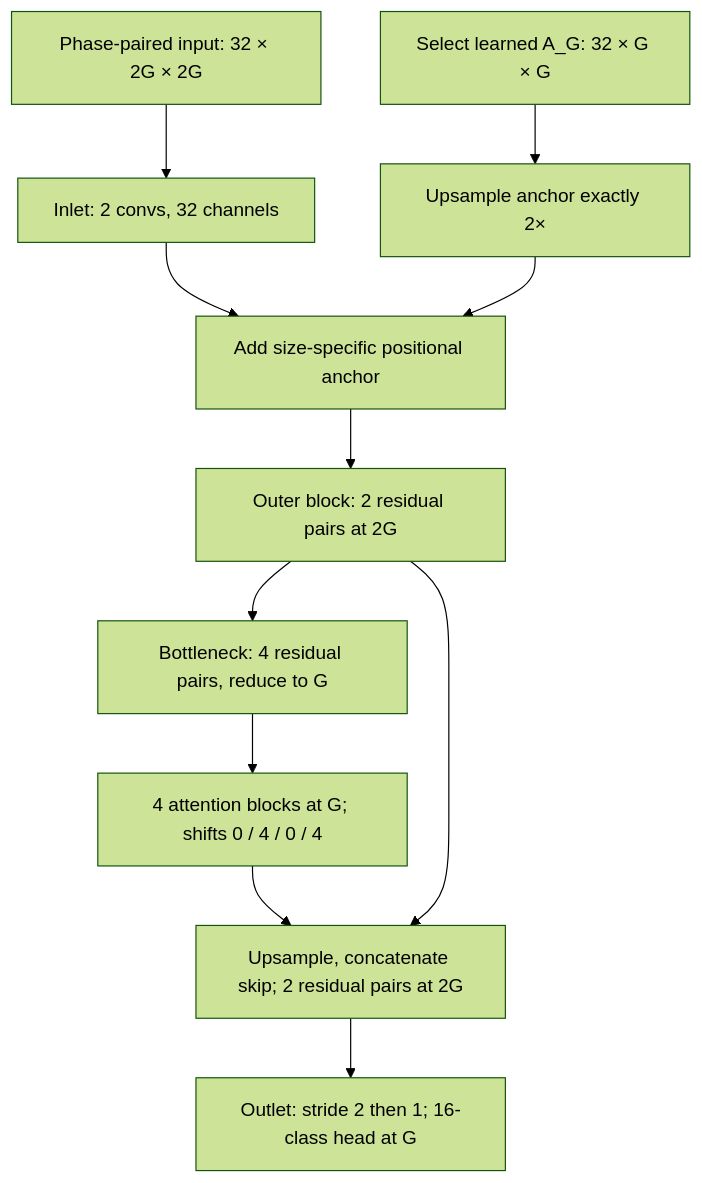
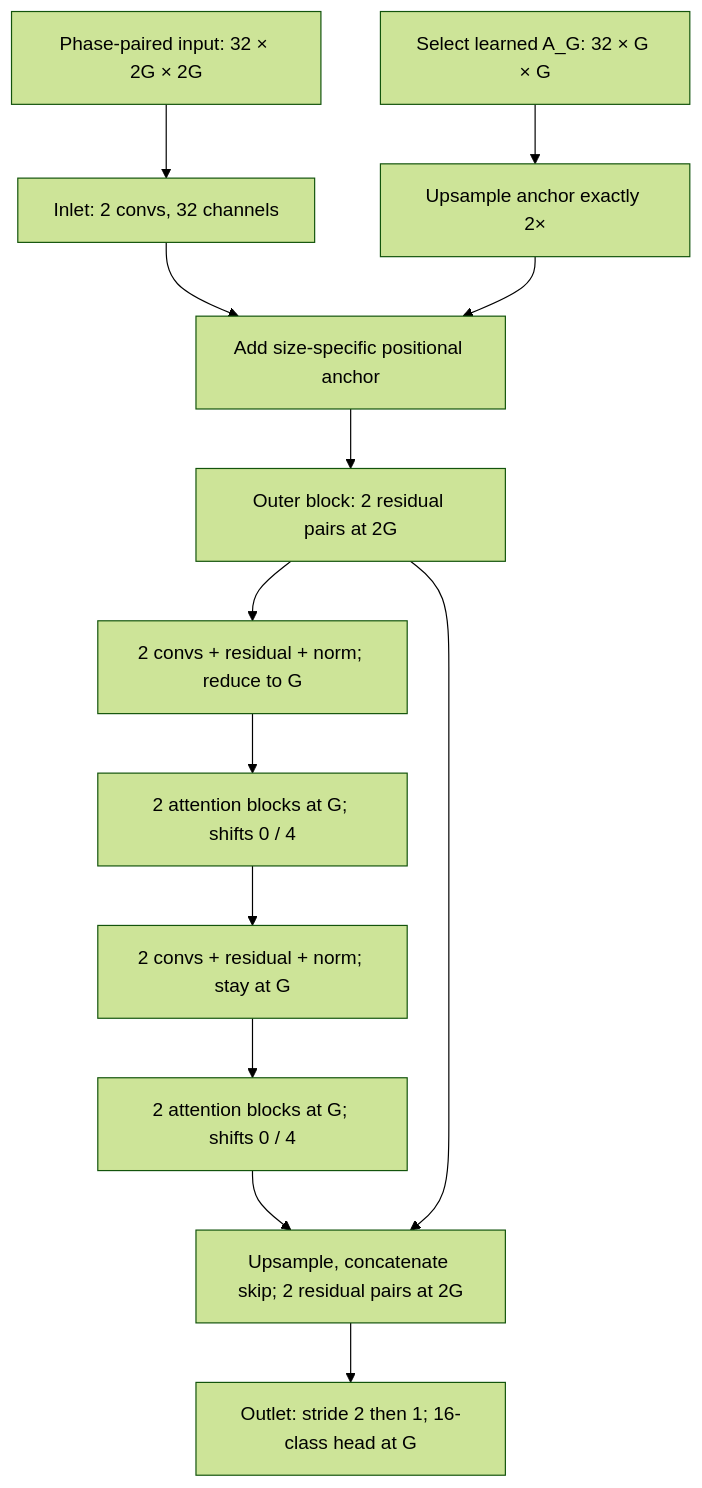
The fourth of 4 diagrams in docs/NEURAL_CORRECTOR.md (magnux/neural_cryptography), drawn with Mermaid (forest theme) before and after one commit. The commit also changed other lines of this file and 28 other files, not shown here.

````diff
--- a/docs/NEURAL_CORRECTOR.md
+++ b/docs/NEURAL_CORRECTOR.md
@@ -448,13 +457,15 @@
 ```mermaid
 flowchart TD
     X["Phase-paired input: 32 × 2G × 2G"] --> I["Inlet: 2 convs, 32 channels"]
     A["Select learned A_G: 32 × G × G"] --> P["Upsample anchor exactly 2×"]
     I --> ADD["Add size-specific positional anchor"]
     P --> ADD
     ADD --> E["Outer block: 2 residual pairs at 2G"]
-    E --> B["Bottleneck: 4 residual pairs, reduce to G"]
-    B --> T["4 attention blocks at G; shifts 0 / 4 / 0 / 4"]
-    T --> D["Upsample, concatenate skip; 2 residual pairs at 2G"]
+    E --> C1["2 convs + residual + norm; reduce to G"]
+    C1 --> T1["2 attention blocks at G; shifts 0 / 4"]
+    T1 --> C2["2 convs + residual + norm; stay at G"]
+    C2 --> T2["2 attention blocks at G; shifts 0 / 4"]
+    T2 --> D["Upsample, concatenate skip; 2 residual pairs at 2G"]
     E --> D
     D --> O["Outlet: stride 2 then 1; 16-class head at G"]
 ```
````
